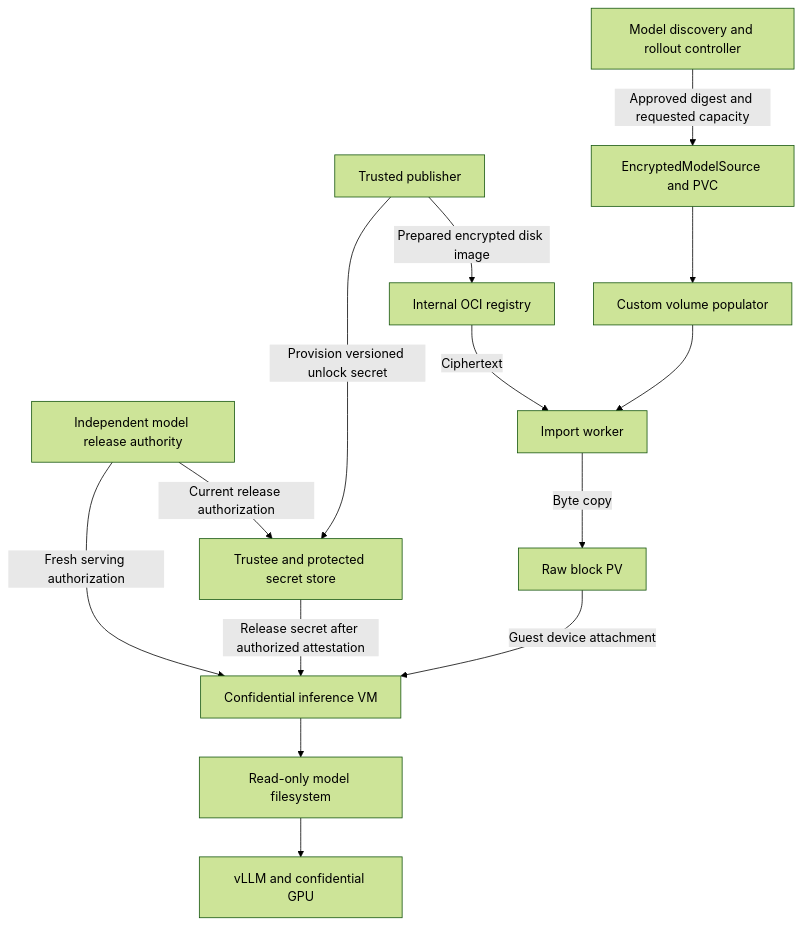
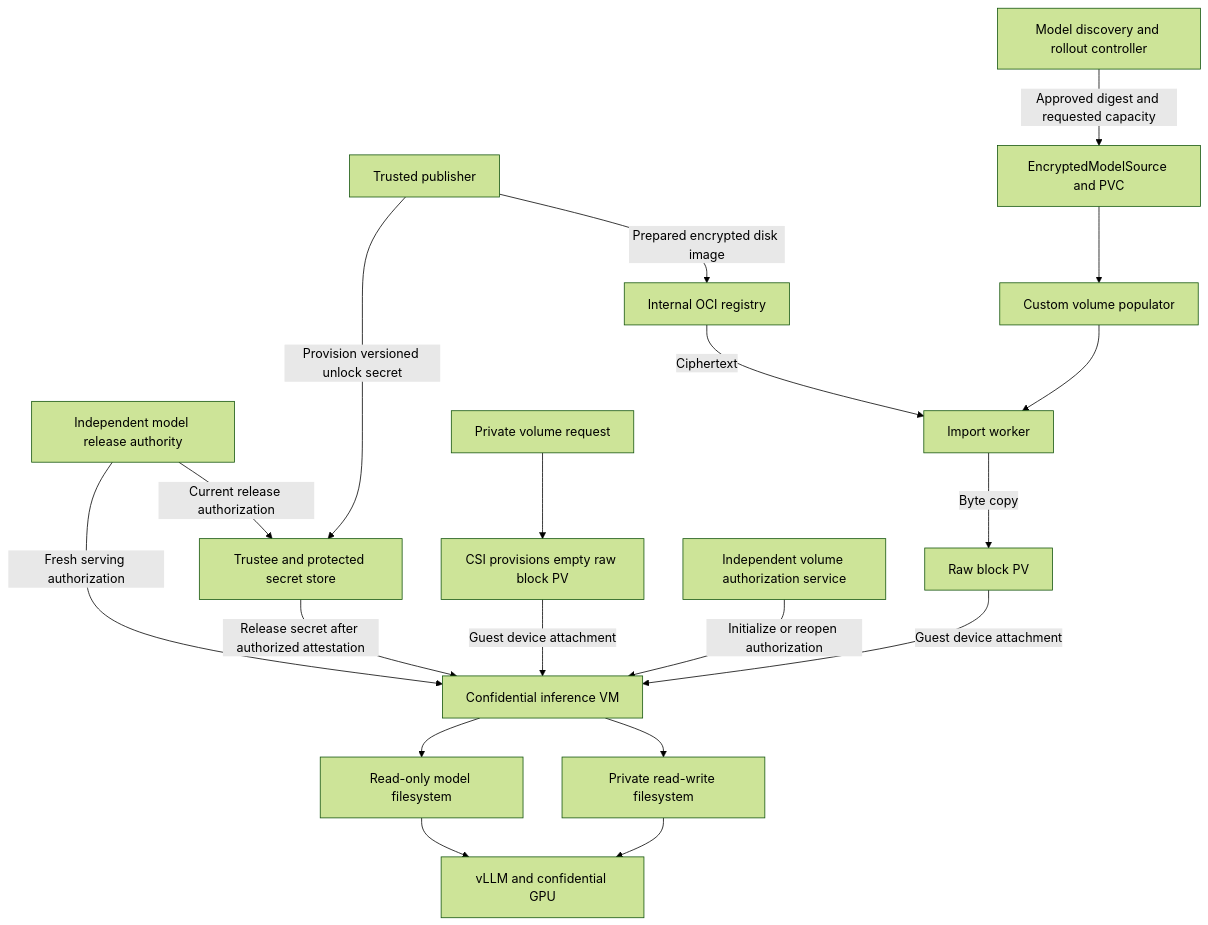
One commit to pmatouse/coco-pattern-edge-rtx6k changed the first of 2 diagrams in docs/encrypted-model-volume-proposal.md. Above: the diagram before and after it, drawn with Mermaid (forest theme). The commit also changed other lines of this file, not shown here.

Commit message:
docs: add private writable confidential storage profile

````diff
--- a/docs/encrypted-model-volume-proposal.md
+++ b/docs/encrypted-model-volume-proposal.md
@@ -15,16 +34,21 @@
 ```mermaid
 flowchart TD
     P[Trusted publisher] -->|Prepared encrypted disk image| R[Internal OCI registry]
     P -->|Provision versioned unlock secret| T[Trustee and protected secret store]
     A[Independent model release authority] -->|Current release authorization| T
     A -->|Fresh serving authorization| G
     D[Model discovery and rollout controller] -->|Approved digest and requested capacity| S[EncryptedModelSource and PVC]
     S --> V[Custom volume populator]
     V --> I[Import worker]
     R -->|Ciphertext| I
     I -->|Byte copy| B[Raw block PV]
     B -->|Guest device attachment| G[Confidential inference VM]
     T -->|Release secret after authorized attestation| G
+    W[Private volume request] --> C[CSI provisions empty raw block PV]
+    C -->|Guest device attachment| G
+    VAuth[Independent volume authorization service] -->|Initialize or reopen authorization| G
+    G --> Dfs[Private read-write filesystem]
+    Dfs --> L
     G --> M[Read-only model filesystem]
     M --> L[vLLM and confidential GPU]
 ```
````
